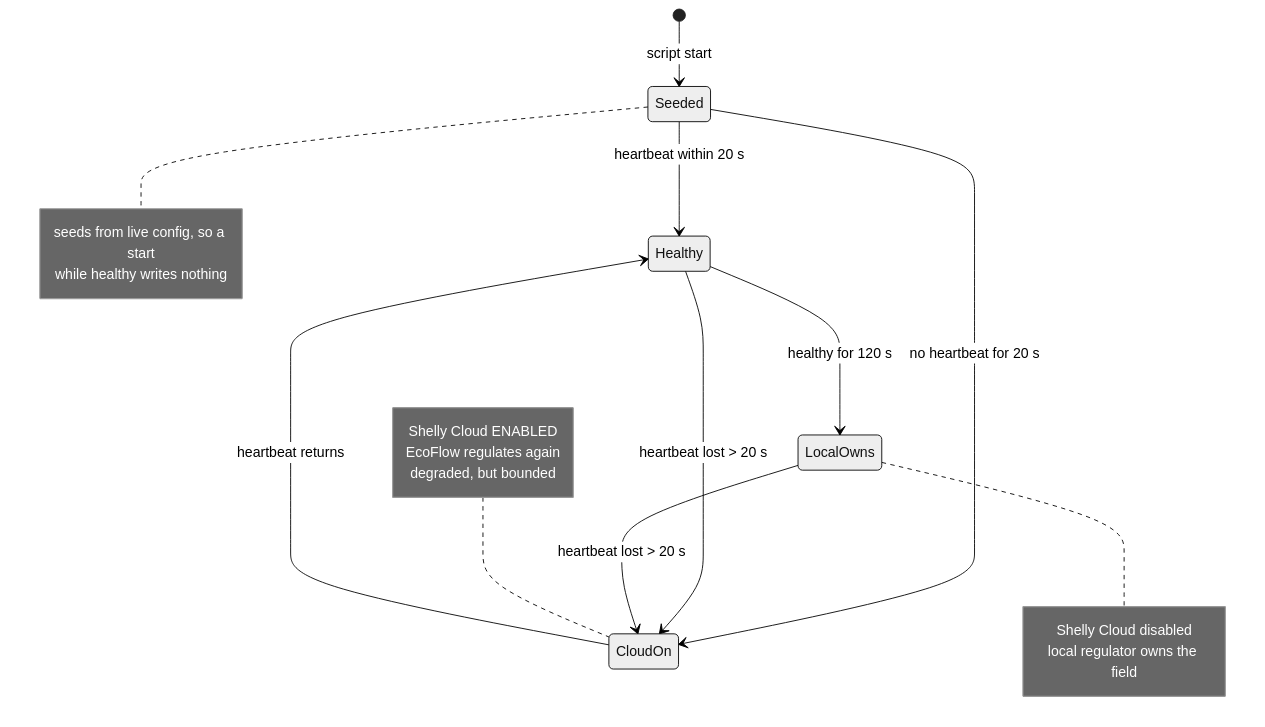
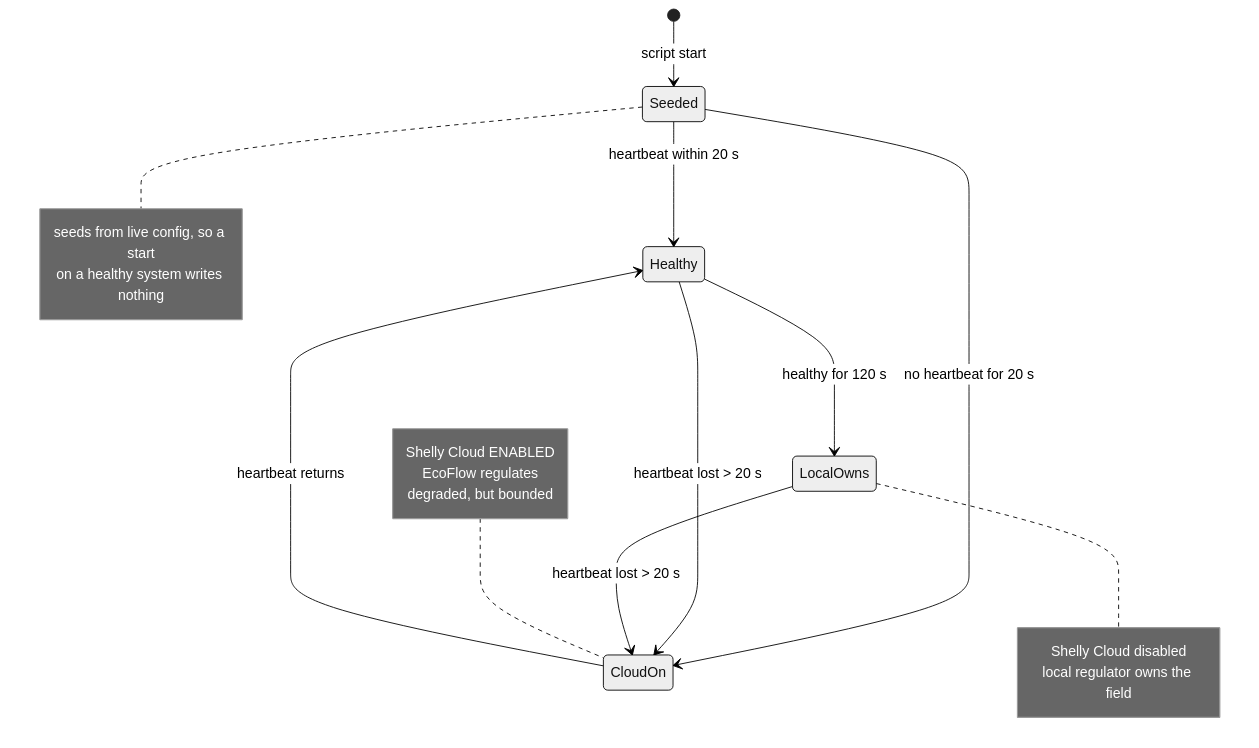
Diagram 15 of 17 in content/posts/ecoflow-zero-export-ble-meter-injection/index.md (phoinixgrr/mastori), drawn with Mermaid (neutral theme) before and after one commit. The commit also changed other lines of this file, not shown here.

First line of the commit message:
Rewrite zero-export post: plainer prose, BIAS named, 17 diagrams

```diff
--- a/content/posts/ecoflow-zero-export-ble-meter-injection/index.md
+++ b/content/posts/ecoflow-zero-export-ble-meter-injection/index.md
@@ -439,25 +579,25 @@
 {{< mermaid >}}
 stateDiagram-v2
     [*] --> Seeded: script start
     note right of Seeded
         seeds from live config, so a start
-        while healthy writes nothing
+        on a healthy system writes nothing
     end note
     Seeded --> Healthy: heartbeat within 20 s
     Seeded --> CloudOn: no heartbeat for 20 s
 
     Healthy --> CloudOn: heartbeat lost > 20 s
     Healthy --> LocalOwns: healthy for 120 s
     LocalOwns --> CloudOn: heartbeat lost > 20 s
 
     CloudOn --> Healthy: heartbeat returns
     note left of CloudOn
         Shelly Cloud ENABLED
-        EcoFlow regulates again
+        EcoFlow regulates
         degraded, but bounded
     end note
     note right of LocalOwns
         Shelly Cloud disabled
         local regulator owns the field
     end note
 {{< /mermaid >}}
```
